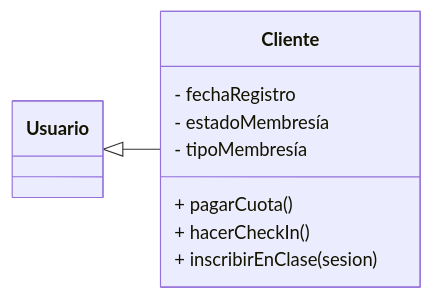
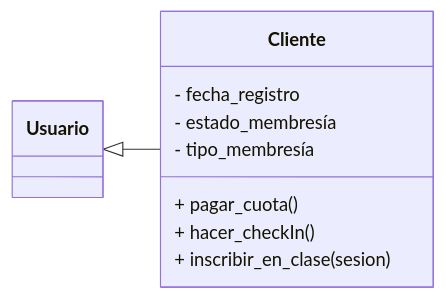
One commit to toonchavez8/Unir-Notes changed the sixth of 16 diagrams in Maestría-Ingeniería-de-Software/02-Metologias-Desarollo-y-Calidad/Actividades/Actividad_01_Miguel_DeJesus_Chavez_Barragan.md. Above: the diagram before and after it, drawn with Mermaid. The commit also changed other lines of this file and 3 other files, not shown here.

````diff
--- a/Maestría-Ingeniería-de-Software/02-Metologias-Desarollo-y-Calidad/Actividades/Actividad_01_Miguel_DeJesus_Chavez_Barragan.md
+++ b/Maestría-Ingeniería-de-Software/02-Metologias-Desarollo-y-Calidad/Actividades/Actividad_01_Miguel_DeJesus_Chavez_Barragan.md
@@ -316,13 +310,13 @@
 ```mermaid
 classDiagram
 direction RL
  class Cliente {
-    - fechaRegistro
-    - estadoMembresía
-    - tipoMembresía
-    + pagarCuota()
-    + hacerCheckIn()
-    + inscribirEnClase(sesion)
+    - fecha_registro
+    - estado_membresía
+    - tipo_membresía
+    + pagar_cuota()
+    + hacer_checkIn()
+    + inscribir_en_clase(sesion)
  }
  Cliente --|> Usuario
 ```
````
